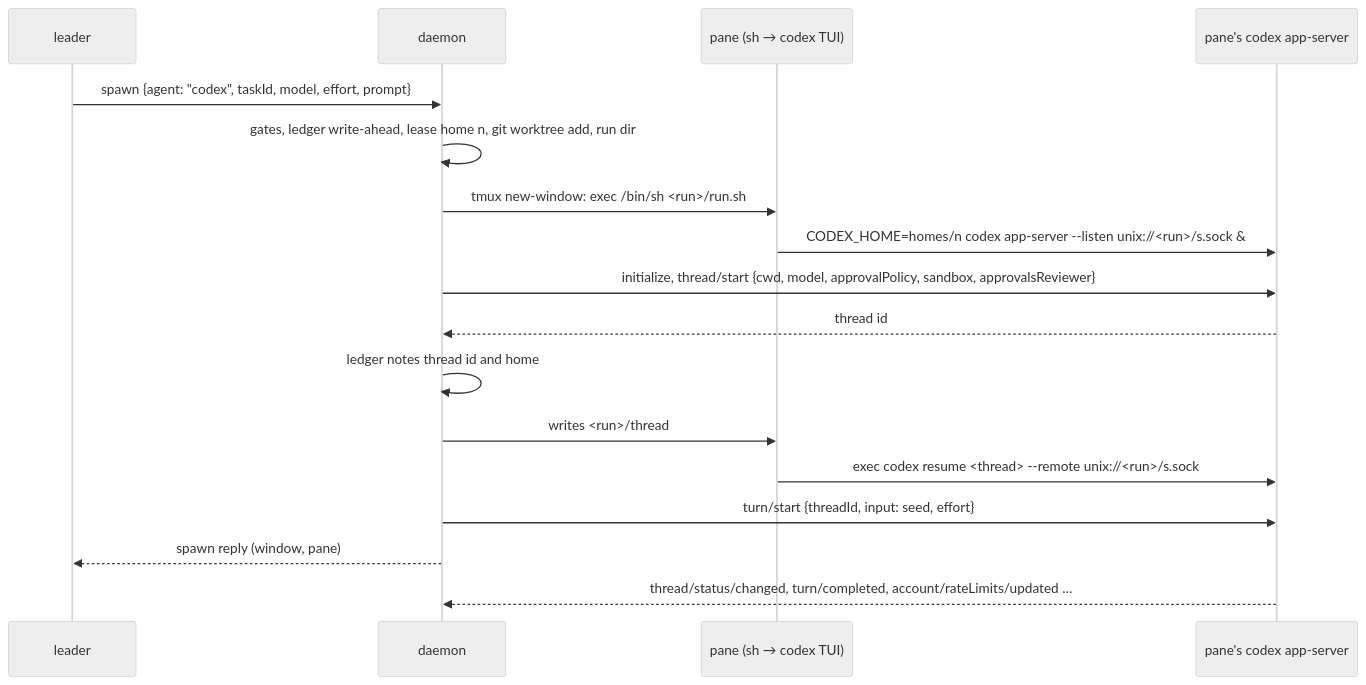
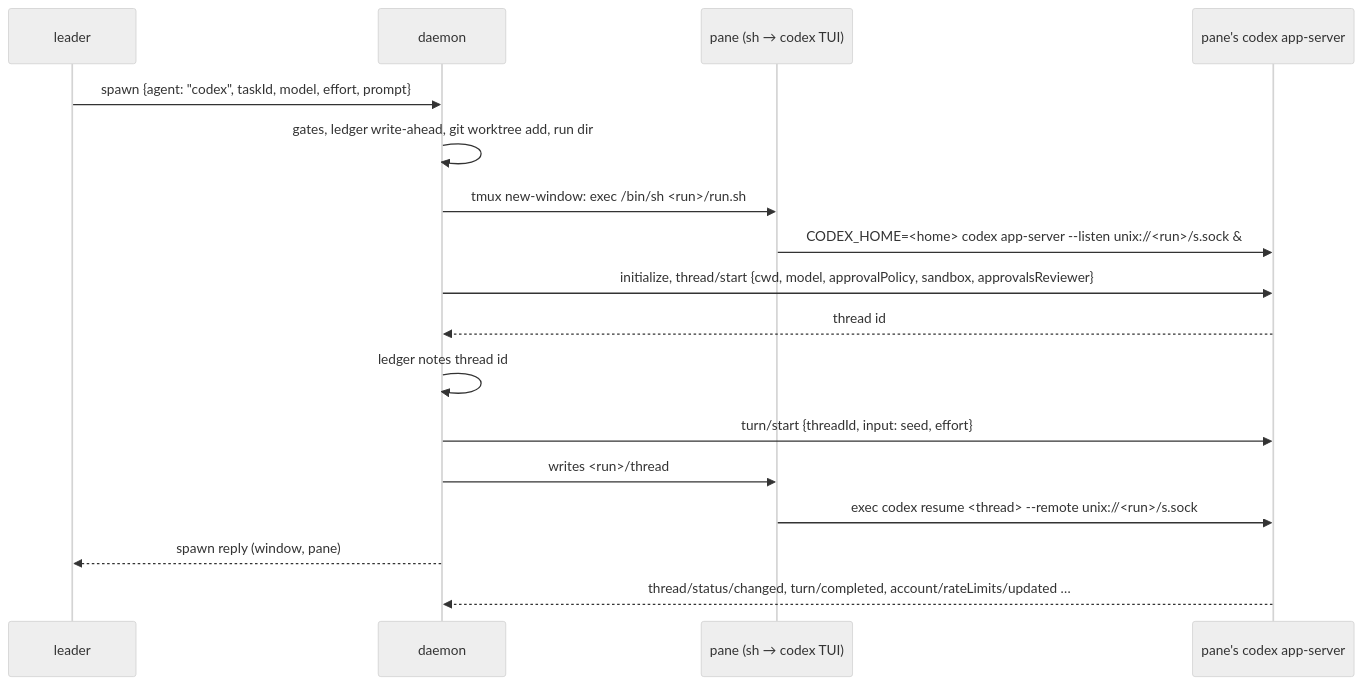
Before and after one commit to Wedvich/seance: the diagram in docs/codex.md, drawn with Mermaid (neutral theme). The commit also changed other lines of this file and 2 other files, not shown here.

First line of the commit message:
docs(codex): fold in the spikes and the owner's decisions

````diff
--- a/docs/codex.md
+++ b/docs/codex.md
@@ -259,19 +298,19 @@
 ```mermaid
 sequenceDiagram
   participant L as leader
   participant D as daemon
   participant P as pane (sh → codex TUI)
   participant S as pane's codex app-server
   L->>D: spawn {agent: "codex", taskId, model, effort, prompt}
-  D->>D: gates, ledger write-ahead, lease home n, git worktree add, run dir
+  D->>D: gates, ledger write-ahead, git worktree add, run dir
   D->>P: tmux new-window: exec /bin/sh <run>/run.sh
-  P->>S: CODEX_HOME=homes/n codex app-server --listen unix://<run>/s.sock &
+  P->>S: CODEX_HOME=<home> codex app-server --listen unix://<run>/s.sock &
   D->>S: initialize, thread/start {cwd, model, approvalPolicy, sandbox, approvalsReviewer}
   S-->>D: thread id
-  D->>D: ledger notes thread id and home
+  D->>D: ledger notes thread id
+  D->>S: turn/start {threadId, input: seed, effort}
   D->>P: writes <run>/thread
   P->>S: exec codex resume <thread> --remote unix://<run>/s.sock
-  D->>S: turn/start {threadId, input: seed, effort}
   D-->>L: spawn reply (window, pane)
   S-->>D: thread/status/changed, turn/completed, account/rateLimits/updated …
 ```
````
